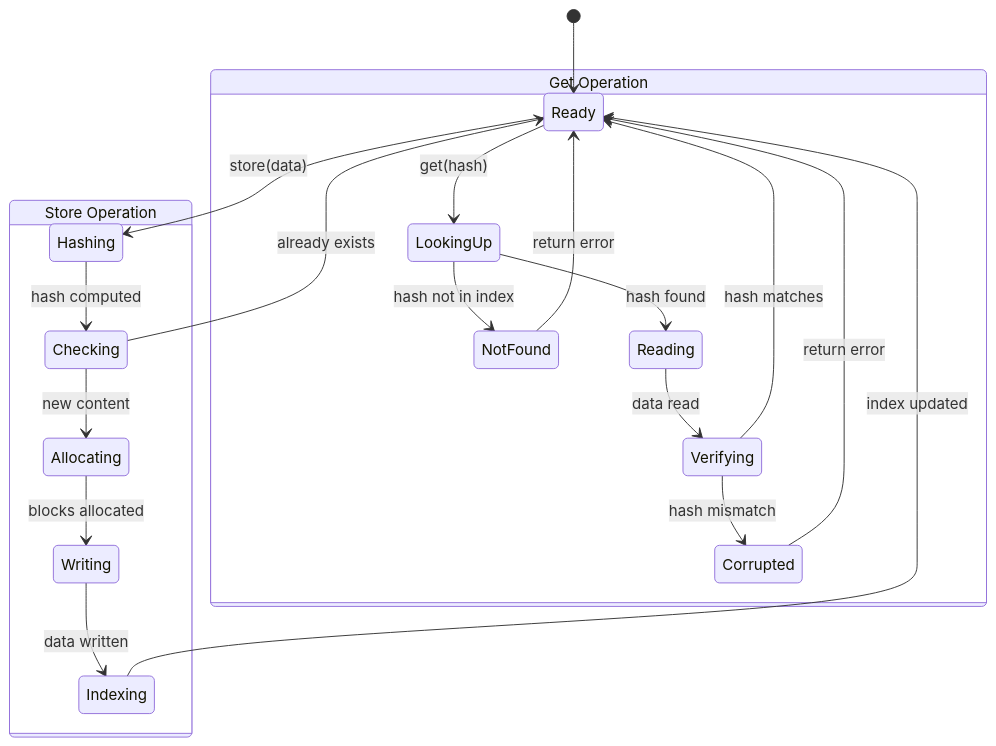
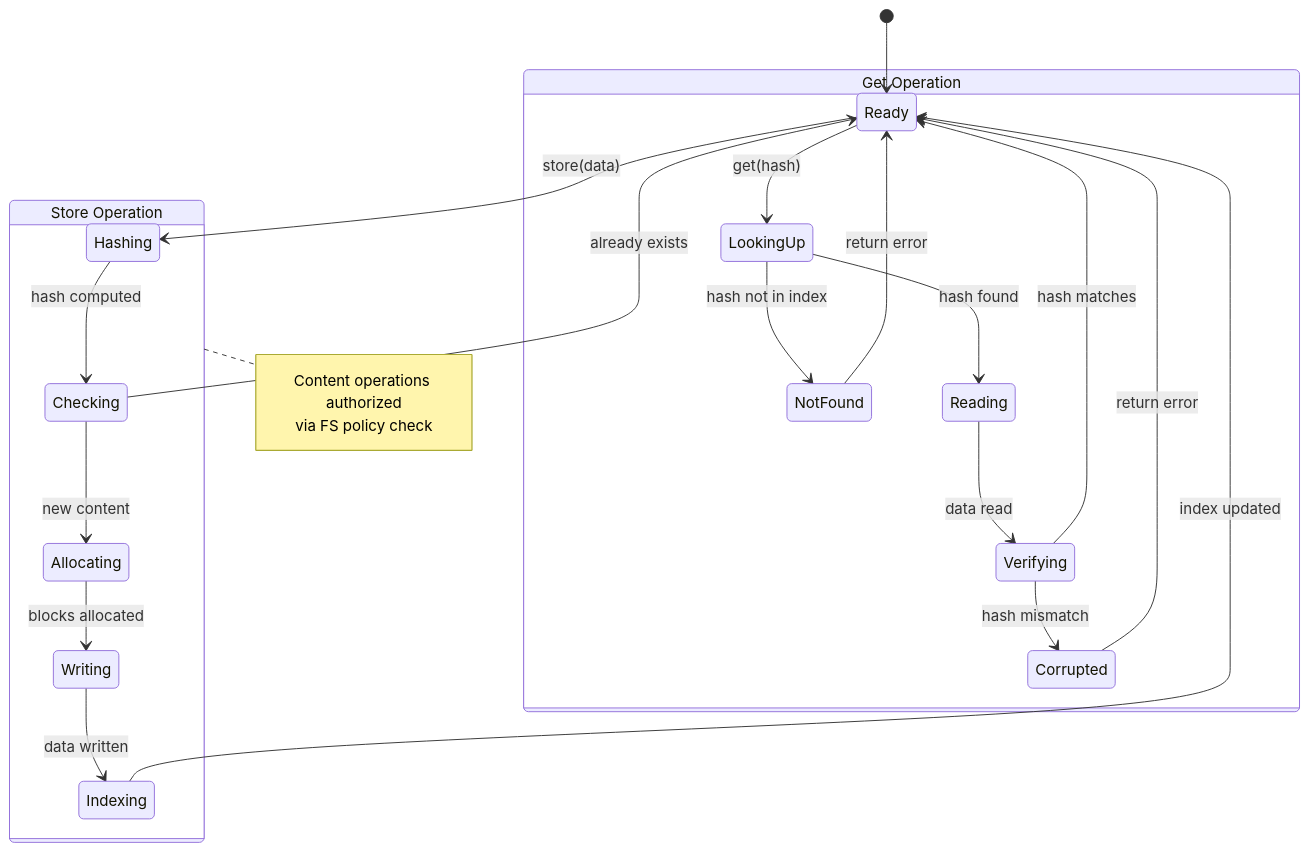
One commit to cypher-asi/zero-os changed diagram 13 of 18 in docs/diagrams/state-machines.md. Above: the diagram before and after it, drawn with Mermaid. The commit also changed other lines of this file and 24 other files, not shown here.

````diff
--- a/docs/diagrams/state-machines.md
+++ b/docs/diagrams/state-machines.md
@@ -470,26 +620,31 @@
 ```mermaid
 stateDiagram-v2
     [*] --> Ready
     
     state "Store Operation" as store {
         Ready --> Hashing: store(data)
         Hashing --> Checking: hash computed
         Checking --> Ready: already exists
         Checking --> Allocating: new content
         Allocating --> Writing: blocks allocated
         Writing --> Indexing: data written
         Indexing --> Ready: index updated
     }
     
     state "Get Operation" as get {
         Ready --> LookingUp: get(hash)
         LookingUp --> NotFound: hash not in index
         LookingUp --> Reading: hash found
         Reading --> Verifying: data read
         Verifying --> Ready: hash matches
         Verifying --> Corrupted: hash mismatch
     }
     
     NotFound --> Ready: return error
     Corrupted --> Ready: return error
+    
+    note right of store
+        Content operations authorized
+        via FS policy check
+    end note
 ```
````
